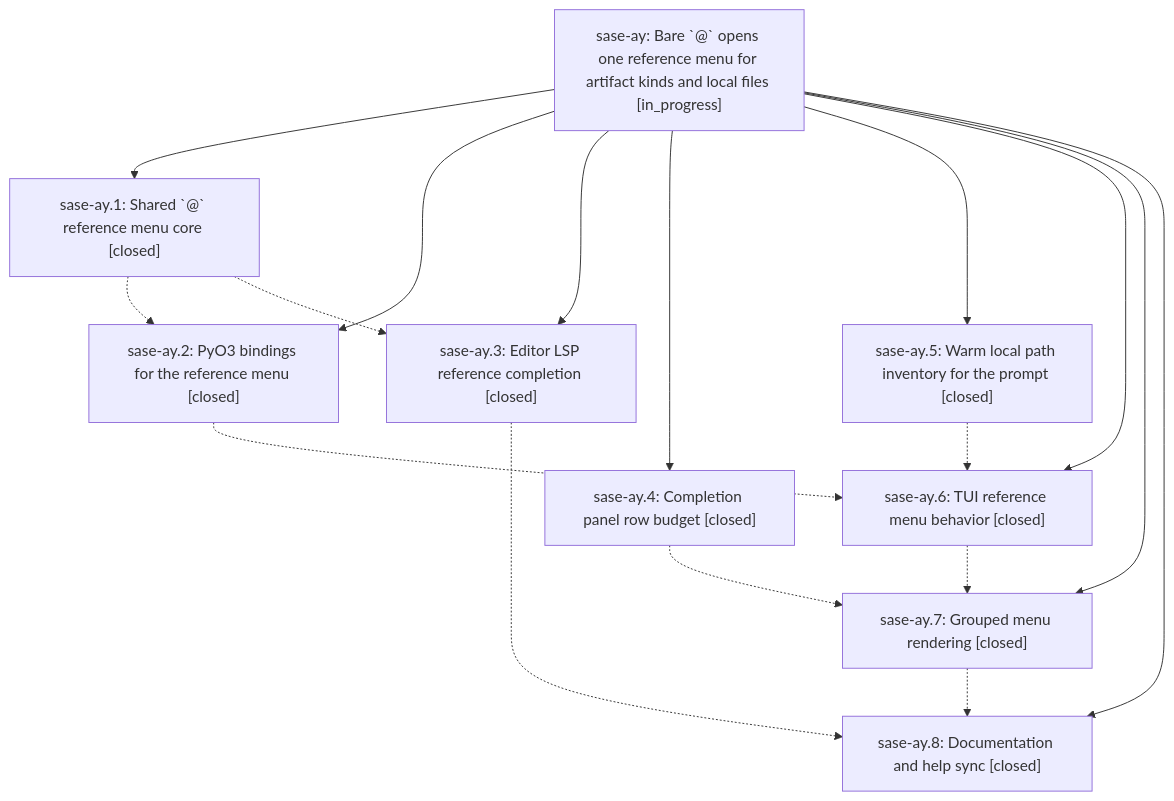
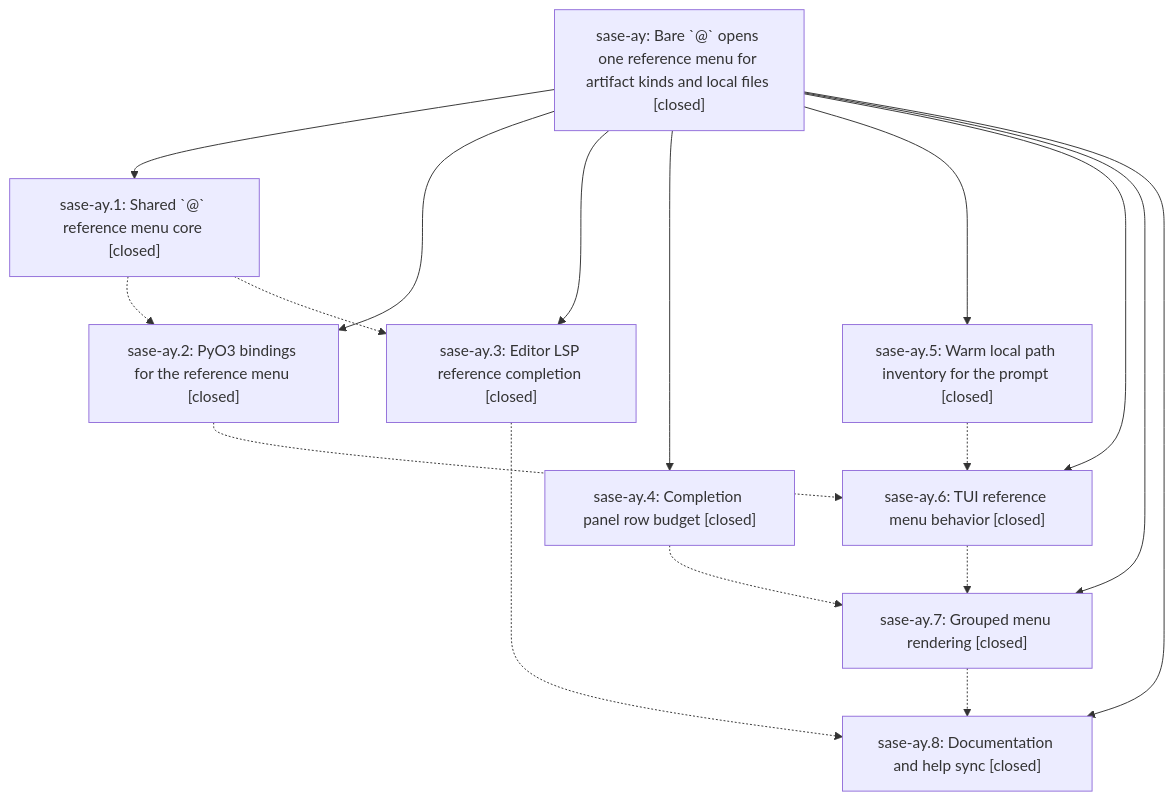
Before and after one commit to sase-org/sase--beads: the diagram in pages/sase-ay/README.md, drawn with Mermaid. The commit also changed other lines of this file, not shown here.

First line of the commit message:
chore(beads): sync bead state and pages for sase-ay

````diff
--- a/pages/sase-ay/README.md
+++ b/pages/sase-ay/README.md
@@ -29,28 +33,28 @@
 ```mermaid
 flowchart TD
-    n0["sase-ay: Bare `@` opens one reference menu for artifact kinds and local files [in_progress]"]
+    n0["sase-ay: Bare `@` opens one reference menu for artifact kinds and local files [closed]"]
     n1["sase-ay.1: Shared `@` reference menu core [closed]"]
     n2["sase-ay.2: PyO3 bindings for the reference menu [closed]"]
     n3["sase-ay.3: Editor LSP reference completion [closed]"]
     n4["sase-ay.4: Completion panel row budget [closed]"]
     n5["sase-ay.5: Warm local path inventory for the prompt [closed]"]
     n6["sase-ay.6: TUI reference menu behavior [closed]"]
     n7["sase-ay.7: Grouped menu rendering [closed]"]
     n8["sase-ay.8: Documentation and help sync [closed]"]
     n0 --> n1
     n0 --> n2
     n0 --> n3
     n0 --> n4
     n0 --> n5
     n0 --> n6
     n0 --> n7
     n0 --> n8
     n1 -.-> n2
     n1 -.-> n3
     n2 -.-> n6
     n3 -.-> n8
     n4 -.-> n7
     n5 -.-> n6
     n6 -.-> n7
     n7 -.-> n8
 ```
````
